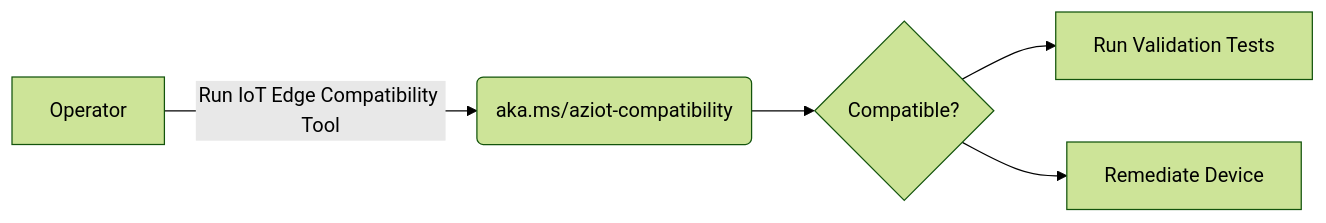
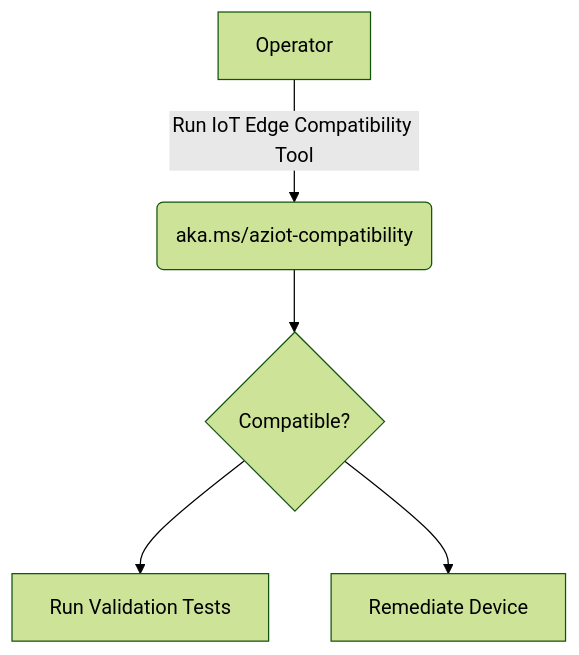
Before and after one commit to Azure/iotedge: the first of 4 diagrams in platform-validation/doc/ValidationToolKit.md, drawn with Mermaid (forest theme). The commit also changed other lines of this file and 5 other files, not shown here.

````diff
--- a/platform-validation/doc/ValidationToolKit.md
+++ b/platform-validation/doc/ValidationToolKit.md
@@ -7,7 +16,7 @@
 ```mermaid
-graph LR
+graph TD
     A[Operator] -->|Run IoT Edge Compatibility Tool|B(aka.ms/aziot-compatibility)
     B --> C{Compatible?}
     C -->D[Run Validation Tests]
     C -->E[Remediate Device]
 ```
````
